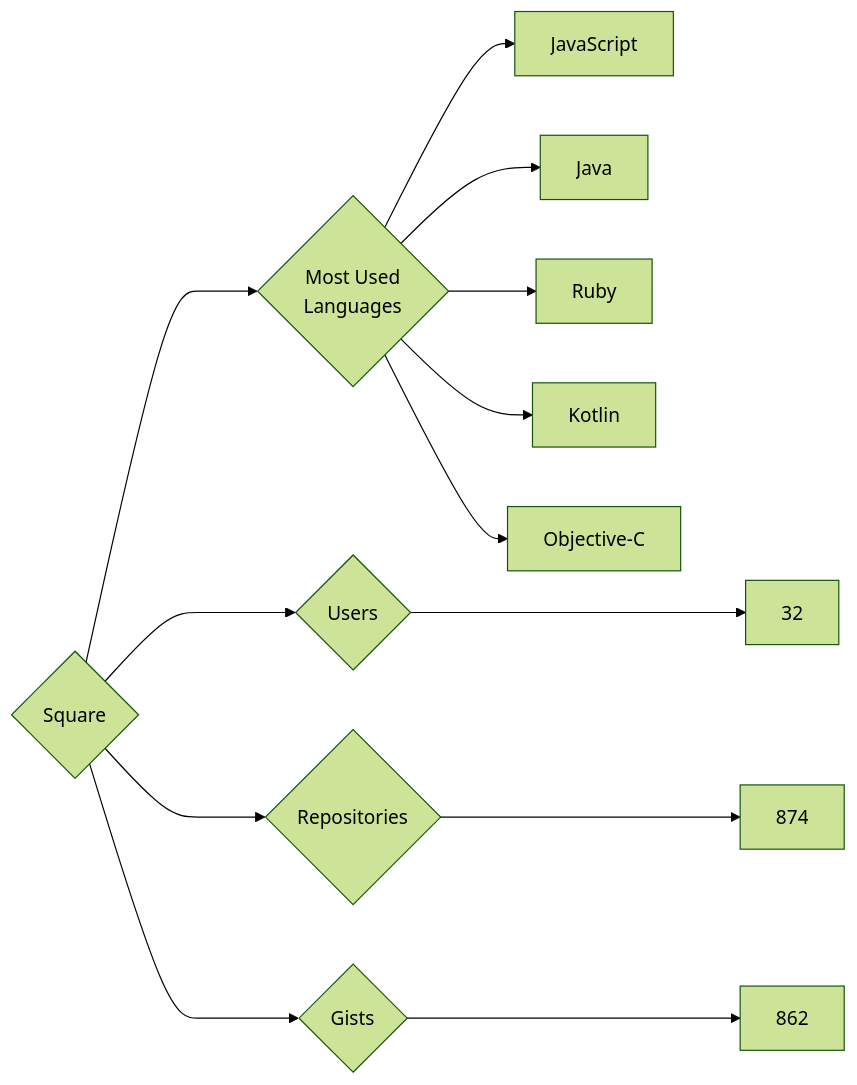
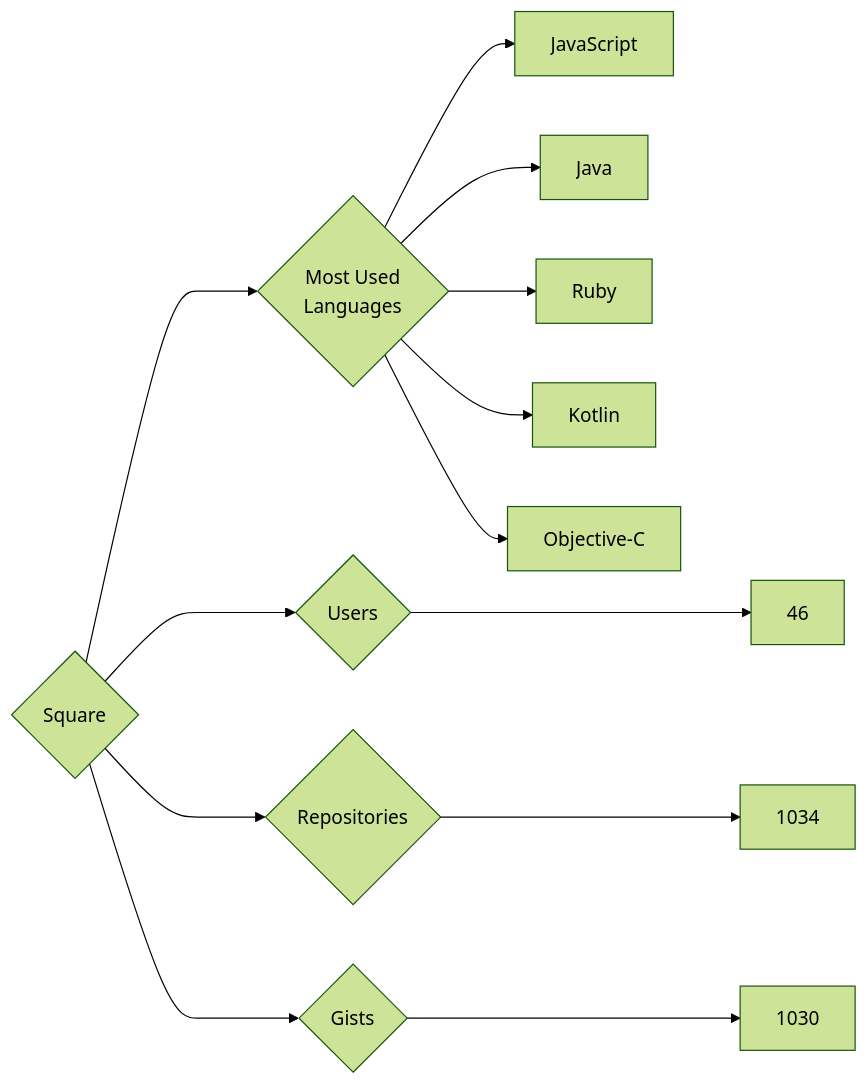
One commit to trickest/insiders changed the diagram in targets/Square/README.md. Above: the diagram before and after it, drawn with Mermaid (forest theme). The commit also changed 940 other files, not shown here.

````diff
--- a/targets/Square/README.md
+++ b/targets/Square/README.md
@@ -3,13 +3,13 @@
 ```mermaid
 graph LR
 COMPANY_NAME{Square}
-COMPANY_NAME ---> U{Users} ---> UN[32]
-COMPANY_NAME ---> R{Repositories} ---> RN[874]
-COMPANY_NAME ---> G{Gists} ---> GN[862]
+COMPANY_NAME ---> U{Users} ---> UN[46]
+COMPANY_NAME ---> R{Repositories} ---> RN[1034]
+COMPANY_NAME ---> G{Gists} ---> GN[1030]
 COMPANY_NAME ---> ML{Most Used<br>Languages}
 ML --> JavaScript[JavaScript]
 ML --> Java[Java]
 ML --> Ruby[Ruby]
 ML --> Kotlin[Kotlin]
 ML --> Objective-C[Objective-C]
 ```
````
